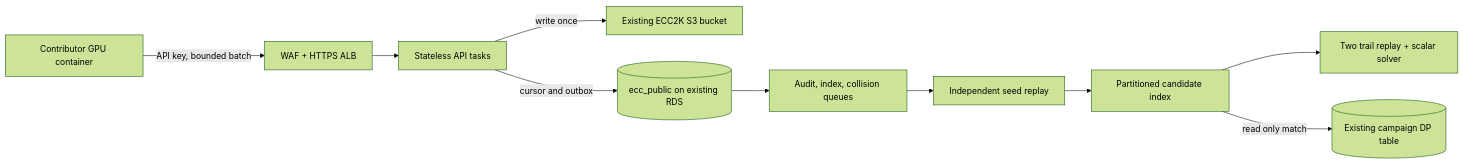
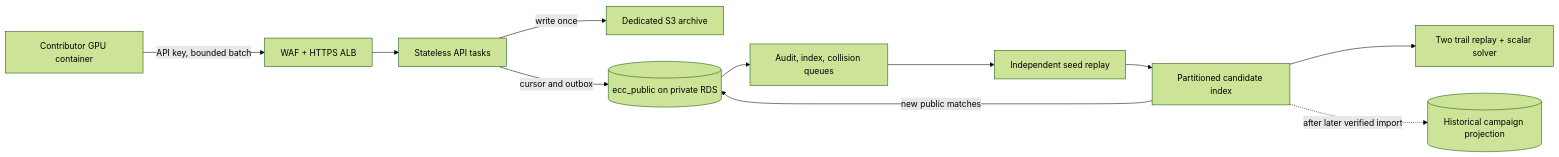
The diagram in README.md (aburan28/ecc-challenges), drawn with Mermaid (forest theme) before and after one commit. The commit also changed other lines of this file and 8 other files, not shown here.

````diff
--- a/README.md
+++ b/README.md
@@ -16,12 +17,13 @@
 ```mermaid
 flowchart LR
   GPU[Contributor GPU container] -->|API key, bounded batch| ALB[WAF + HTTPS ALB]
   ALB --> API[Stateless API tasks]
-  API -->|write once| S3[Existing ECC2K S3 bucket]
-  API -->|cursor and outbox| PG[(ecc_public on existing RDS)]
+  API -->|write once| S3[Dedicated S3 archive]
+  API -->|cursor and outbox| PG[(ecc_public on private RDS)]
   PG --> SQS[Audit, index, collision queues]
   SQS --> Audit[Independent seed replay]
   Audit --> Index[Partitioned candidate index]
   Index --> Resolver[Two trail replay + scalar solver]
-  Index -->|read only match| Existing[(Existing campaign DP table)]
+  Index -->|new public matches| PG
+  Index -.->|after later verified import| Existing[(Historical campaign projection)]
 ```
````
